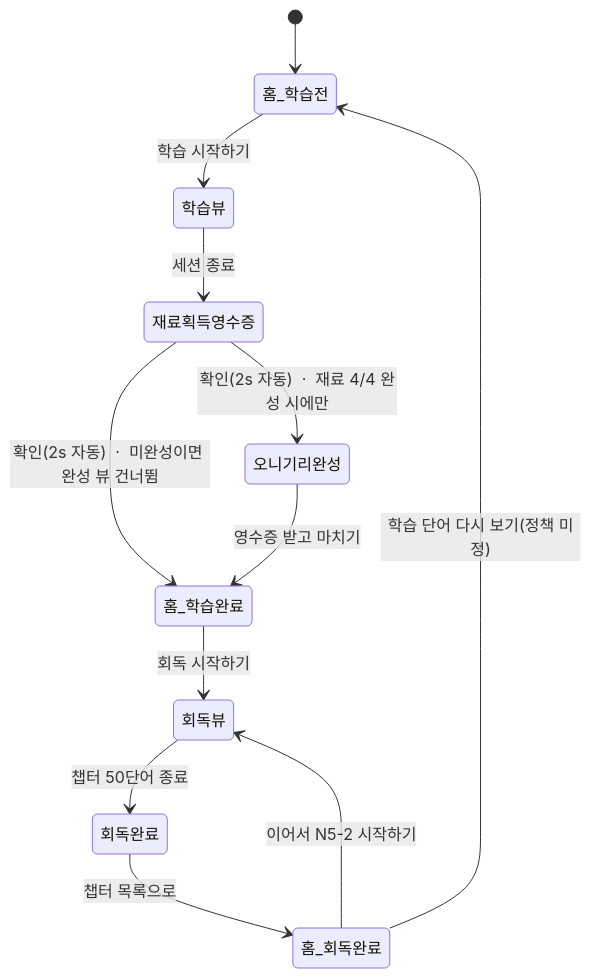
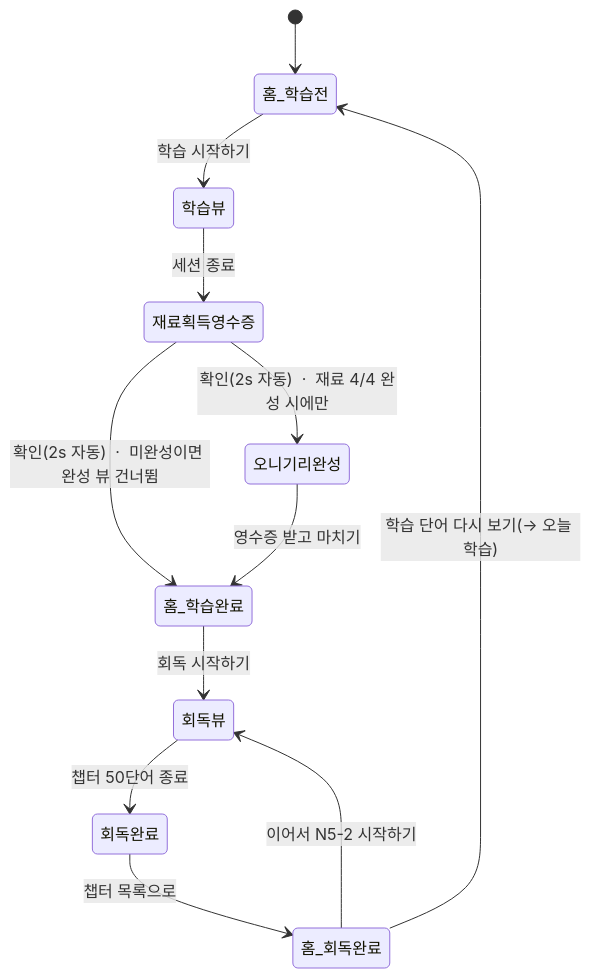
Before and after one commit to Tintin3710/Onikan: the diagram in handoff/redesign-2026-08/README.md, drawn with Mermaid.

Commit message:
spec: 흐름도 stale '정책 미정' 라벨 정리(O-1 확정 반영)

````diff
--- a/handoff/redesign-2026-08/README.md
+++ b/handoff/redesign-2026-08/README.md
@@ -30,14 +30,14 @@
 ```mermaid
 stateDiagram-v2
     [*] --> 홈_학습전
     홈_학습전 --> 학습뷰: 학습 시작하기
     학습뷰 --> 재료획득영수증: 세션 종료
     재료획득영수증 --> 오니기리완성: 확인(2s 자동)  ·  재료 4/4 완성 시에만
     재료획득영수증 --> 홈_학습완료: 확인(2s 자동)  ·  미완성이면 완성 뷰 건너뜀
     오니기리완성 --> 홈_학습완료: 영수증 받고 마치기
     홈_학습완료 --> 회독뷰: 회독 시작하기
     회독뷰 --> 회독완료: 챕터 50단어 종료
     회독완료 --> 홈_회독완료: 챕터 목록으로
     홈_회독완료 --> 회독뷰: 이어서 N5-2 시작하기
-    홈_회독완료 --> 홈_학습전: 학습 단어 다시 보기(정책 미정)
+    홈_회독완료 --> 홈_학습전: 학습 단어 다시 보기(→ 오늘 학습)
 ```
````
